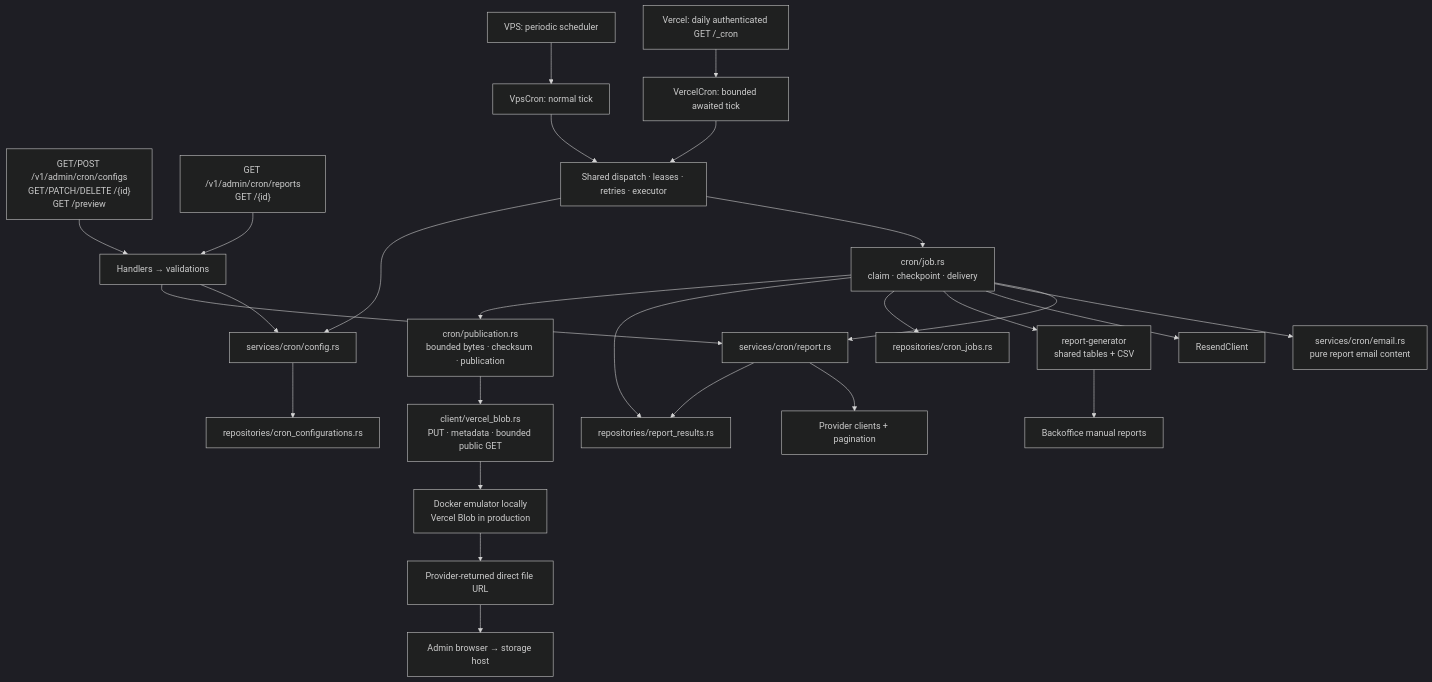
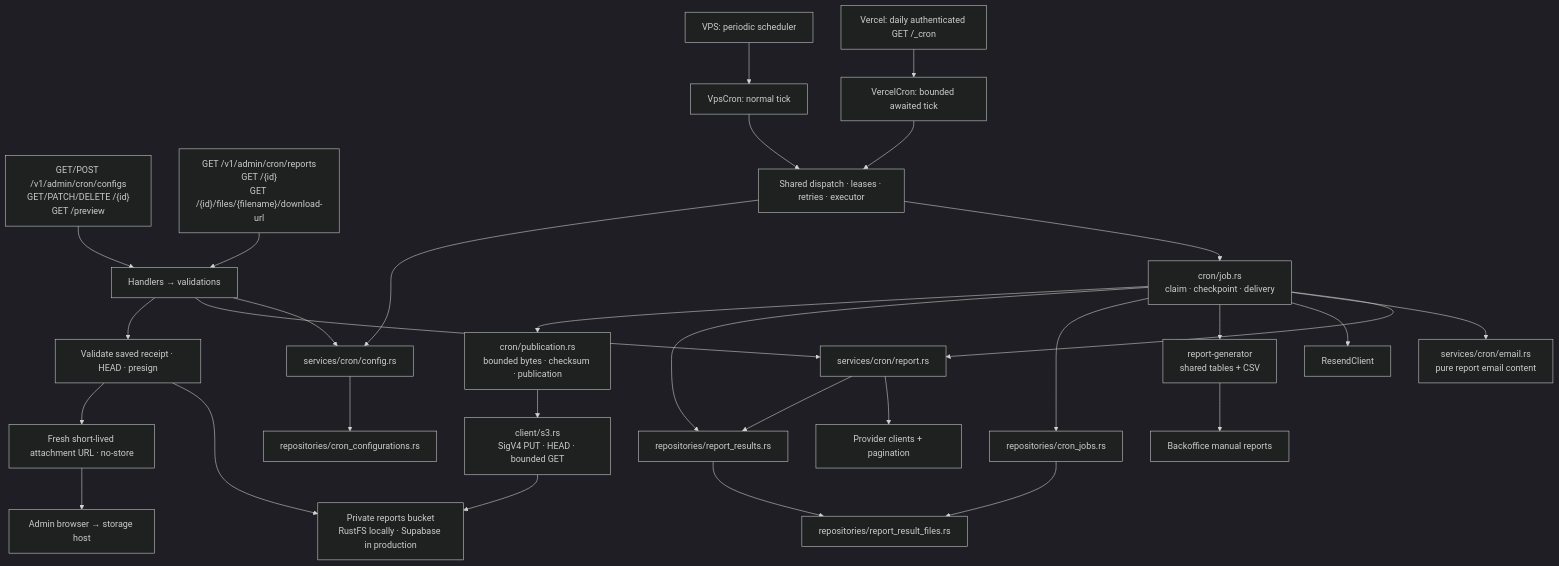
Before and after one commit to enzumeii/monolith: the first of 3 diagrams in docs/cron.md, drawn with Mermaid (dark theme). The commit also changed other lines of this file and 68 other files, not shown here.

Commit message:
feat(storage): migrate reports to private S3 storage

````diff
--- a/docs/cron.md
+++ b/docs/cron.md
@@ -5,28 +5,32 @@
 ```mermaid
 flowchart TD
   A["GET/POST /v1/admin/cron/configs<br/>GET/PATCH/DELETE /{id}<br/>GET /preview"] --> H["Handlers → validations"]
-  B["GET /v1/admin/cron/reports<br/>GET /{id}"] --> H
+  B["GET /v1/admin/cron/reports<br/>GET /{id}<br/>GET /{id}/files/{filename}/download-url"] --> H
   H --> C["services/cron/config.rs"]
   H --> R["services/cron/report.rs"]
   TRIGGER["Vercel: daily authenticated GET /_cron"] --> VERCEL["VercelCron: bounded awaited tick"]
   VPS["VPS: periodic scheduler"] --> VPSCRON["VpsCron: normal tick"]
   VERCEL --> W["Shared dispatch · leases · retries · executor"]
   VPSCRON --> W
   W --> J["cron/job.rs<br/>claim · checkpoint · delivery"]
   W --> C
   J --> R
   J --> E["services/cron/email.rs<br/>pure report email content"]
   J --> RC["ResendClient"]
   R --> P["Provider clients + pagination"]
   J --> G["report-generator<br/>shared tables + CSV"]
   G --> UI["Backoffice manual reports"]
   C --> CR["repositories/cron_configurations.rs"]
   J --> JR["repositories/cron_jobs.rs"]
   J --> AR["repositories/report_results.rs"]
   R --> AR
+  JR --> FR["repositories/report_result_files.rs"]
+  AR --> FR
   J --> S["cron/publication.rs<br/>bounded bytes · checksum · publication"]
-  S --> LB["client/vercel_blob.rs<br/>PUT · metadata · bounded public GET"]
-  LB --> V["Docker emulator locally<br/>Vercel Blob in production"]
-  V --> U["Provider-returned direct file URL"]
+  S --> LB["client/s3.rs<br/>SigV4 PUT · HEAD · bounded GET"]
+  LB --> V["Private reports bucket<br/>RustFS locally · Supabase in production"]
+  H --> SIGN["Validate saved receipt · HEAD · presign"]
+  SIGN --> V
+  SIGN --> U["Fresh short-lived attachment URL · no-store"]
   U --> Browser["Admin browser → storage host"]
 ```
````
